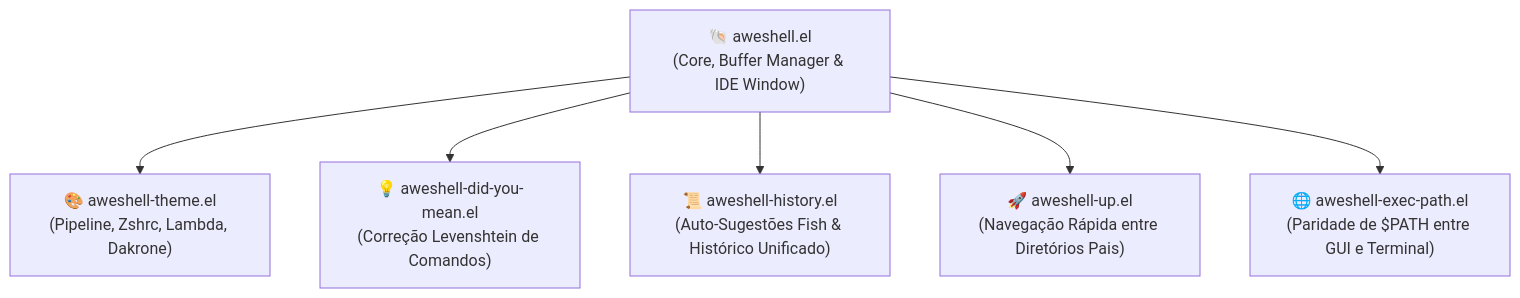
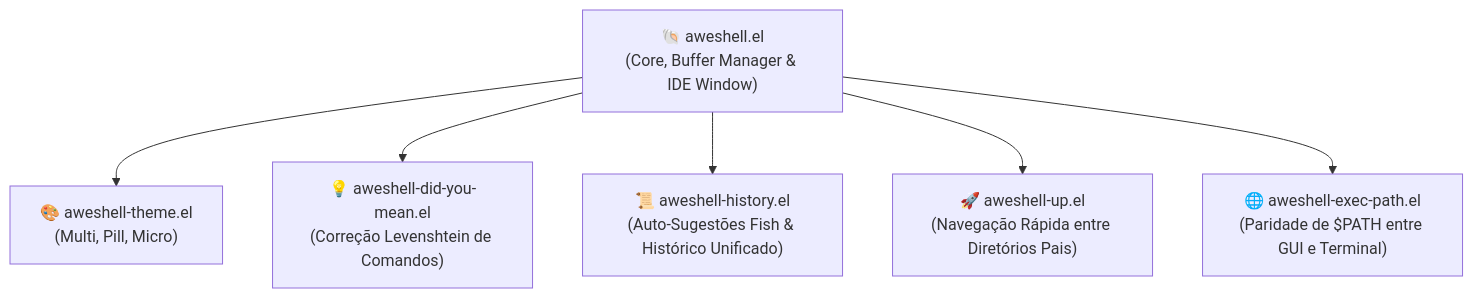
The diagram in usr/local/aweshell/README.md (GabrielFrigo4/emacs), drawn with Mermaid before and after one commit. The commit also changed other lines of this file and 13 other files, not shown here.

````diff
--- a/usr/local/aweshell/README.md
+++ b/usr/local/aweshell/README.md
@@ -25,16 +25,16 @@
 ```mermaid
 flowchart TD
     CORE["🐚 aweshell.el<br/>(Core, Buffer Manager & IDE Window)"]
 
-    THEME["🎨 aweshell-theme.el<br/>(Pipeline, Zshrc, Lambda, Dakrone)"]
+    THEME["🎨 aweshell-theme.el<br/>(Multi, Pill, Micro)"]
     DYM["💡 aweshell-did-you-mean.el<br/>(Correção Levenshtein de Comandos)"]
     HIST["📜 aweshell-history.el<br/>(Auto-Sugestões Fish & Histórico Unificado)"]
     UP["🚀 aweshell-up.el<br/>(Navegação Rápida entre Diretórios Pais)"]
     PATH["🌐 aweshell-exec-path.el<br/>(Paridade de $PATH entre GUI e Terminal)"]
 
     CORE --> THEME
     CORE --> DYM
     CORE --> HIST
     CORE --> UP
     CORE --> PATH
 ```
````
